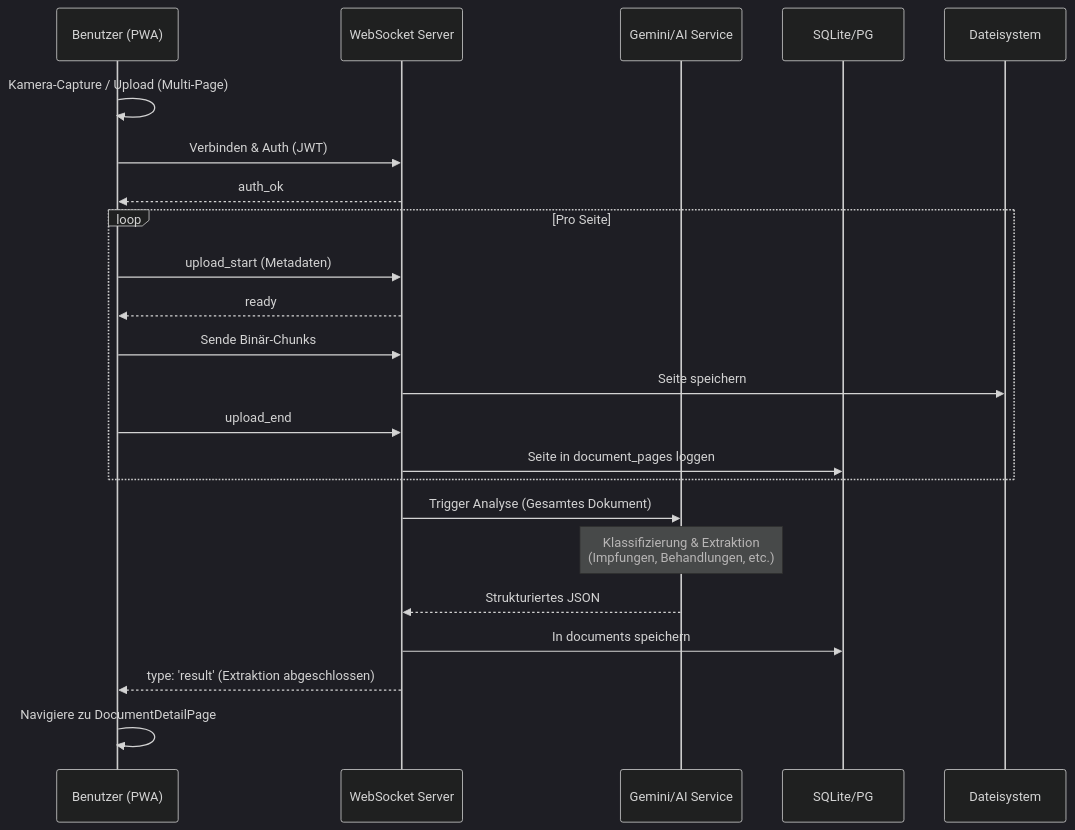
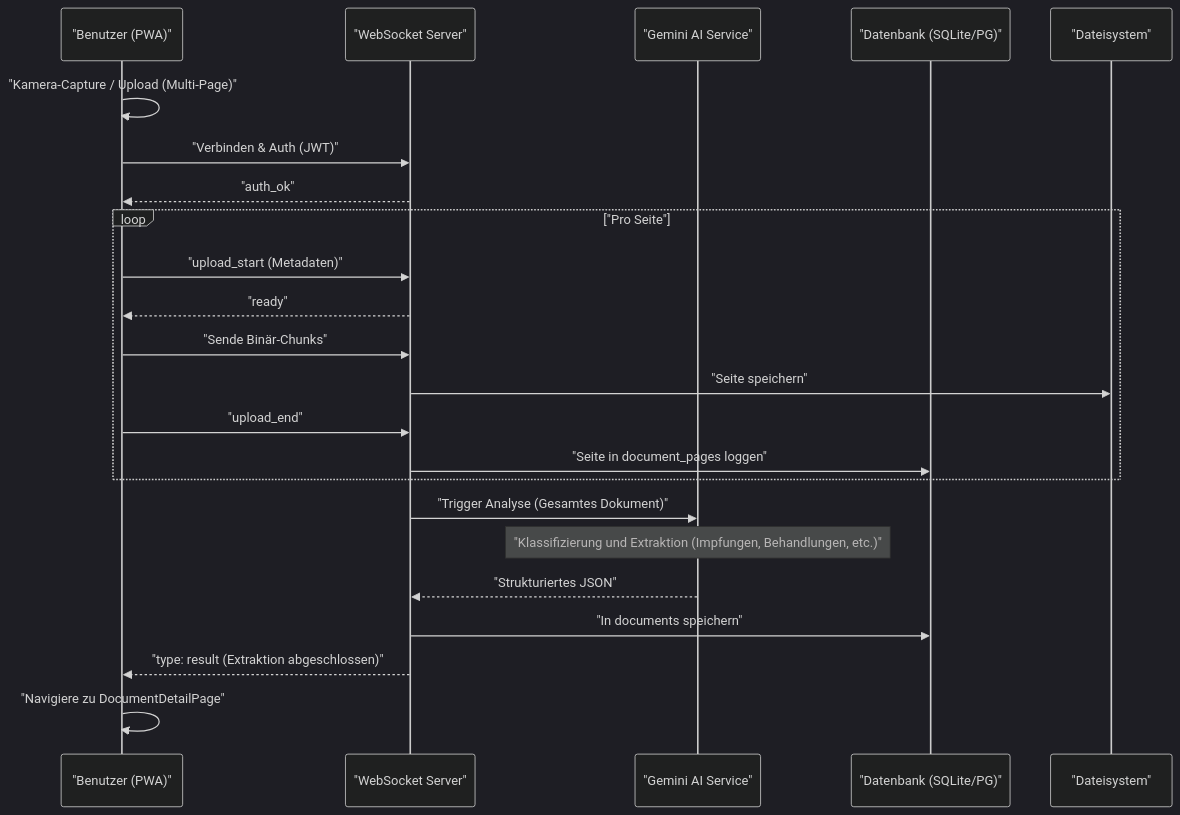
One commit to mpetutschnig/pawvax changed the second of 4 diagrams in documentation/PWA_WORKFLOWS.md. Above: the diagram before and after it, drawn with Mermaid (dark theme). The commit also changed other lines of this file and 2 other files, not shown here.

Commit message:
docs: improve Mermaid syntax for better rendering, versionbump 20260512_1756

````diff
--- a/documentation/PWA_WORKFLOWS.md
+++ b/documentation/PWA_WORKFLOWS.md
@@ -46,28 +46,28 @@
 ```mermaid
 sequenceDiagram
-    participant U as Benutzer (PWA)
-    participant WS as WebSocket Server
-    participant OCR as Gemini/AI Service
-    participant DB as SQLite/PG
-    participant FS as Dateisystem
+    participant U as "Benutzer (PWA)"
+    participant WS as "WebSocket Server"
+    participant OCR as "Gemini AI Service"
+    participant DB as "Datenbank (SQLite/PG)"
+    participant FS as "Dateisystem"
 
-    U->>U: Kamera-Capture / Upload (Multi-Page)
-    U->>WS: Verbinden & Auth (JWT)
-    WS-->>U: auth_ok
+    U->>U: "Kamera-Capture / Upload (Multi-Page)"
+    U->>WS: "Verbinden & Auth (JWT)"
+    WS-->>U: "auth_ok"
     
-    loop Pro Seite
-        U->>WS: upload_start (Metadaten)
-        WS-->>U: ready
-        U->>WS: Sende Binär-Chunks
-        WS->>FS: Seite speichern
-        U->>WS: upload_end
-        WS->>DB: Seite in document_pages loggen
+    loop "Pro Seite"
+        U->>WS: "upload_start (Metadaten)"
+        WS-->>U: "ready"
+        U->>WS: "Sende Binär-Chunks"
+        WS->>FS: "Seite speichern"
+        U->>WS: "upload_end"
+        WS->>DB: "Seite in document_pages loggen"
     end
     
-    WS->>OCR: Trigger Analyse (Gesamtes Dokument)
-    Note over OCR: Klassifizierung & Extraktion<br/>(Impfungen, Behandlungen, etc.)
-    OCR-->>WS: Strukturiertes JSON
-    WS->>DB: In documents speichern
-    WS-->>U: type: 'result' (Extraktion abgeschlossen)
-    U->>U: Navigiere zu DocumentDetailPage
+    WS->>OCR: "Trigger Analyse (Gesamtes Dokument)"
+    Note over OCR: "Klassifizierung und Extraktion (Impfungen, Behandlungen, etc.)"
+    OCR-->>WS: "Strukturiertes JSON"
+    WS->>DB: "In documents speichern"
+    WS-->>U: "type: result (Extraktion abgeschlossen)"
+    U->>U: "Navigiere zu DocumentDetailPage"
 ```
````
